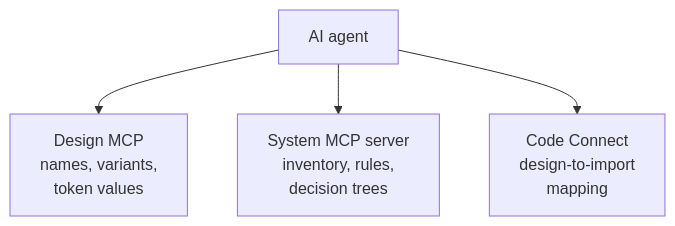
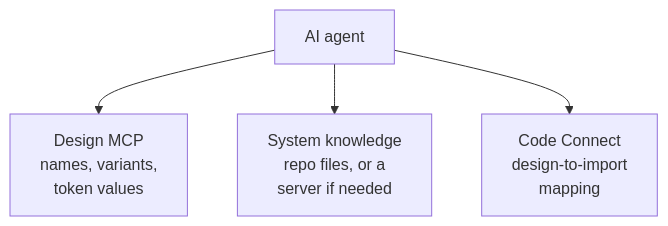
One commit to F4cu/design-systems-101 changed the diagram in src/content/docs/scaling-ai-effort-to-risk.md. Above: the diagram before and after it, drawn with Mermaid. The commit also changed other lines of this file and 15 other files, not shown here.

````diff
--- a/src/content/docs/scaling-ai-effort-to-risk.md
+++ b/src/content/docs/scaling-ai-effort-to-risk.md
@@ -47,6 +47,6 @@
 ```mermaid
 flowchart TD
   Agent["AI agent"] --> Design["Design MCP<br/>names, variants,<br/>token values"]
-  Agent --> System["System MCP server<br/>inventory, rules,<br/>decision trees"]
+  Agent --> System["System knowledge<br/>repo files, or a<br/>server if needed"]
   Agent --> CC["Code Connect<br/>design-to-import<br/>mapping"]
 ```
````
